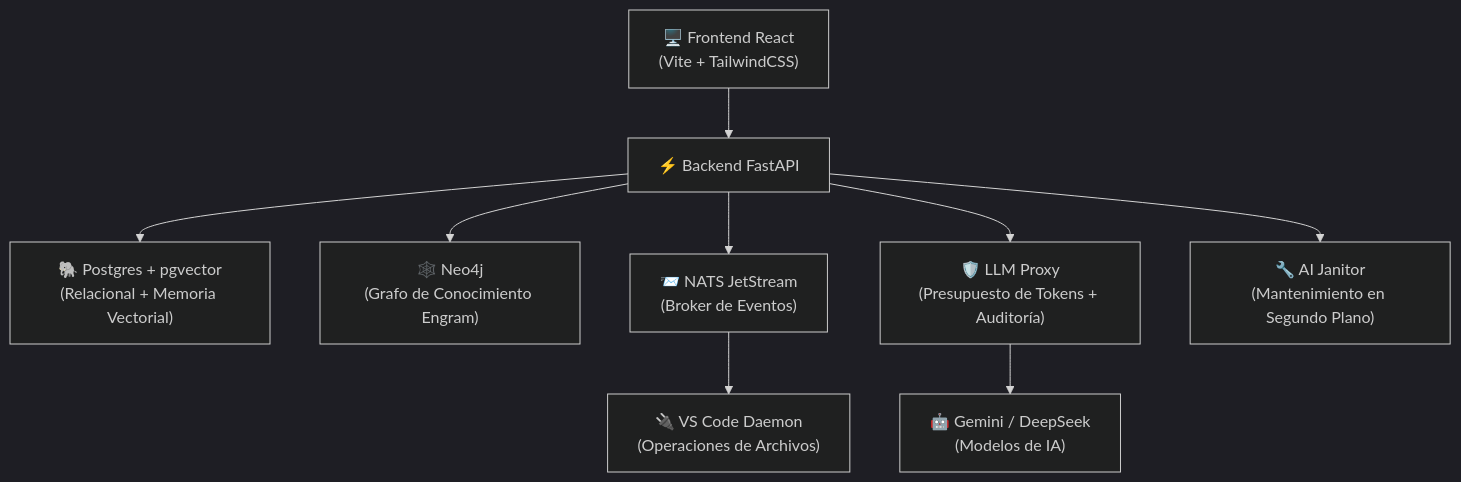
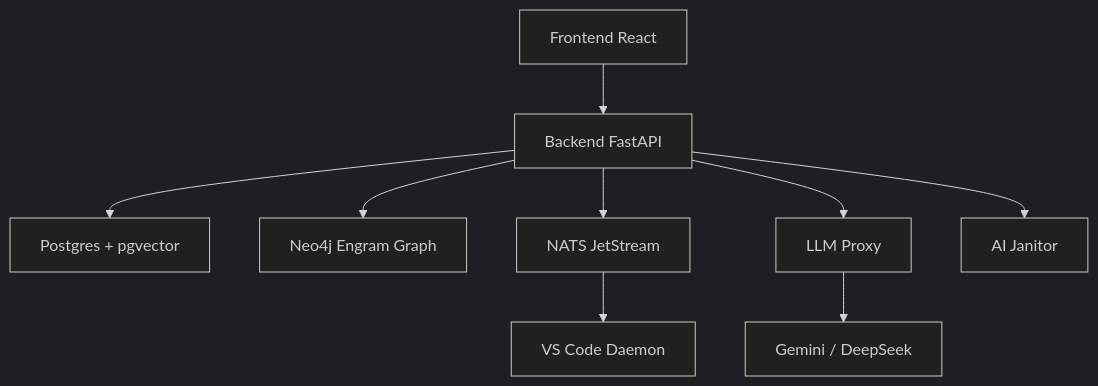
One commit to careb36/ai_entreprise changed the diagram in README.es.md. Above: the diagram before and after it, drawn with Mermaid (dark theme). The commit also changed 1 other file, not shown here.

Commit message:
docs: fix Mermaid diagram syntax for GitHub rendering
Remove quoted labels with \n — GitHub Mermaid does not support
multi-line node labels with newline escape sequences.

````diff
--- a/README.es.md
+++ b/README.es.md
@@ -51,11 +51,11 @@
 ```mermaid
 graph TD
-    A["🖥️ Frontend React\n(Vite + TailwindCSS)"] --> B["⚡ Backend FastAPI"]
-    B --> C["🐘 Postgres + pgvector\n(Relacional + Memoria Vectorial)"]
-    B --> D["🕸️ Neo4j\n(Grafo de Conocimiento Engram)"]
-    B --> E["📨 NATS JetStream\n(Broker de Eventos)"]
-    E --> F["🔌 VS Code Daemon\n(Operaciones de Archivos)"]
-    B --> G["🛡️ LLM Proxy\n(Presupuesto de Tokens + Auditoría)"]
-    G --> H["🤖 Gemini / DeepSeek\n(Modelos de IA)"]
-    B --> I["🔧 AI Janitor\n(Mantenimiento en Segundo Plano)"]
+    A[Frontend React] --> B[Backend FastAPI]
+    B --> C[Postgres + pgvector]
+    B --> D[Neo4j Engram Graph]
+    B --> E[NATS JetStream]
+    E --> F[VS Code Daemon]
+    B --> G[LLM Proxy]
+    G --> H[Gemini / DeepSeek]
+    B --> I[AI Janitor]
 ```
````
